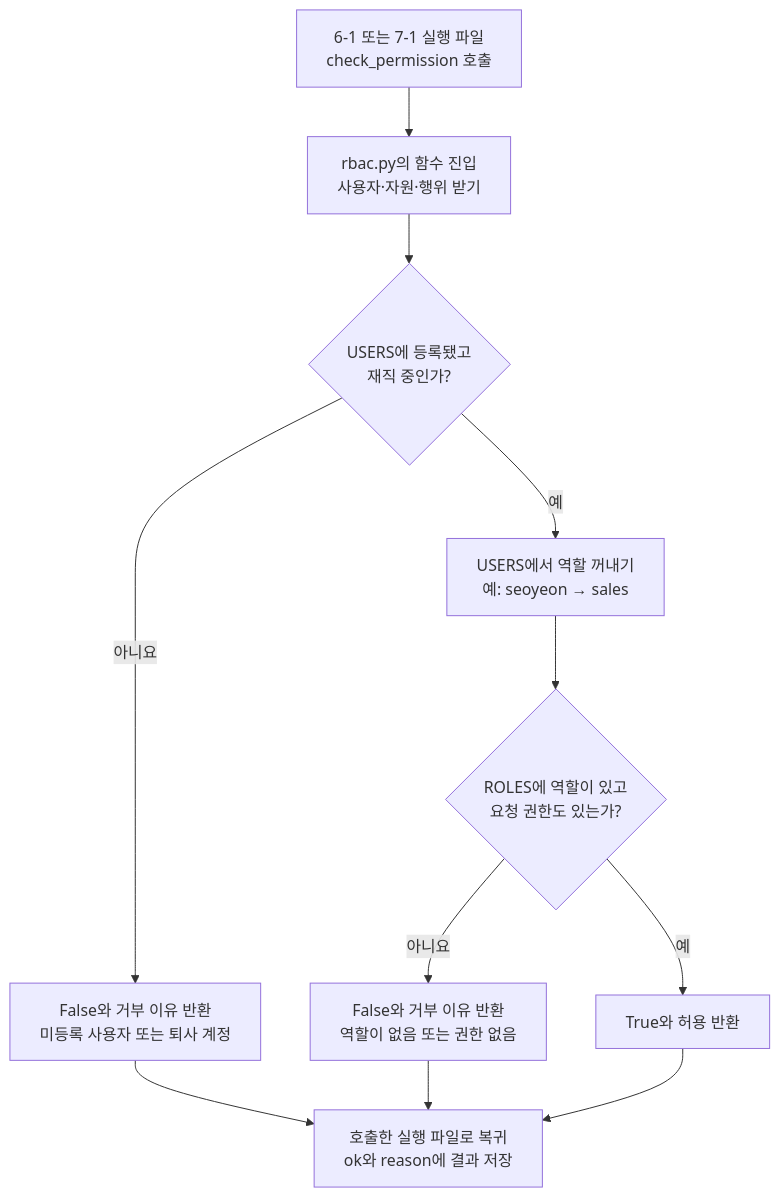
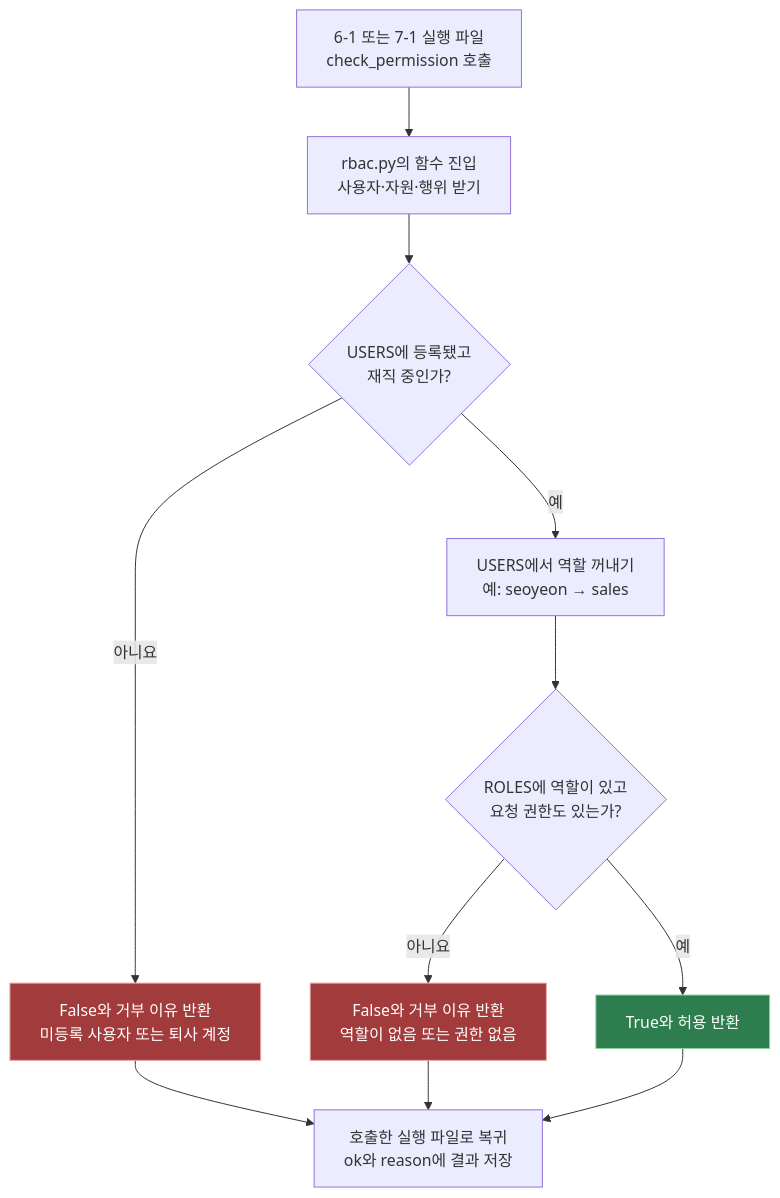
The third of 4 diagrams in code_review/code_report/10-21_day01.md (eldi96/security-agent-toolkit), drawn with Mermaid before and after one commit. The commit also changed other lines of this file and 19 other files, not shown here.

````diff
--- a/code_review/code_report/10-21_day01.md
+++ b/code_review/code_report/10-21_day01.md
@@ -140,20 +180,24 @@
 ```mermaid
 flowchart TB
     CALL["6-1 또는 7-1 실행 파일<br/>check_permission 호출"] --> A["rbac.py의 함수 진입<br/>사용자·자원·행위 받기"]
     A --> B{"USERS에 등록됐고<br/>재직 중인가?"}
     B -->|아니요| X["False와 거부 이유 반환<br/>미등록 사용자 또는 퇴사 계정"]
     B -->|예| C["USERS에서 역할 꺼내기<br/>예: seoyeon → sales"]
     C --> D{"ROLES에 역할이 있고<br/>요청 권한도 있는가?"}
     D -->|아니요| Y["False와 거부 이유 반환<br/>역할이 없음 또는 권한 없음"]
     D -->|예| E["True와 허용 반환"]
     X --> BACK["호출한 실행 파일로 복귀<br/>ok와 reason에 결과 저장"]
     Y --> BACK
     E --> BACK
+    classDef allow fill:#2e7d4f,stroke:#8fd6a8,color:#ffffff
+    classDef deny fill:#a23b3b,stroke:#eba6a6,color:#ffffff
+    class E allow
+    class X,Y deny
     click X "../functions/rbac.py" "코드 파일 열기"
     click A "../functions/rbac.py" "코드 파일 열기"
     click Y "../functions/rbac.py" "코드 파일 열기"
     click B "../functions/rbac.py" "코드 파일 열기"
     click C "../functions/rbac.py" "코드 파일 열기"
     click E "../functions/rbac.py" "코드 파일 열기"
     click D "../functions/rbac.py" "코드 파일 열기"
 ```
````
